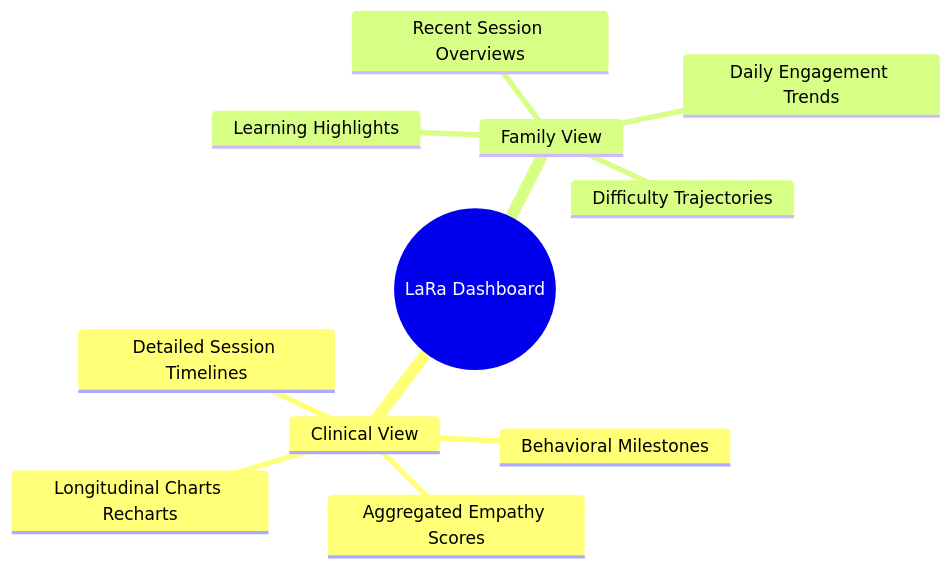
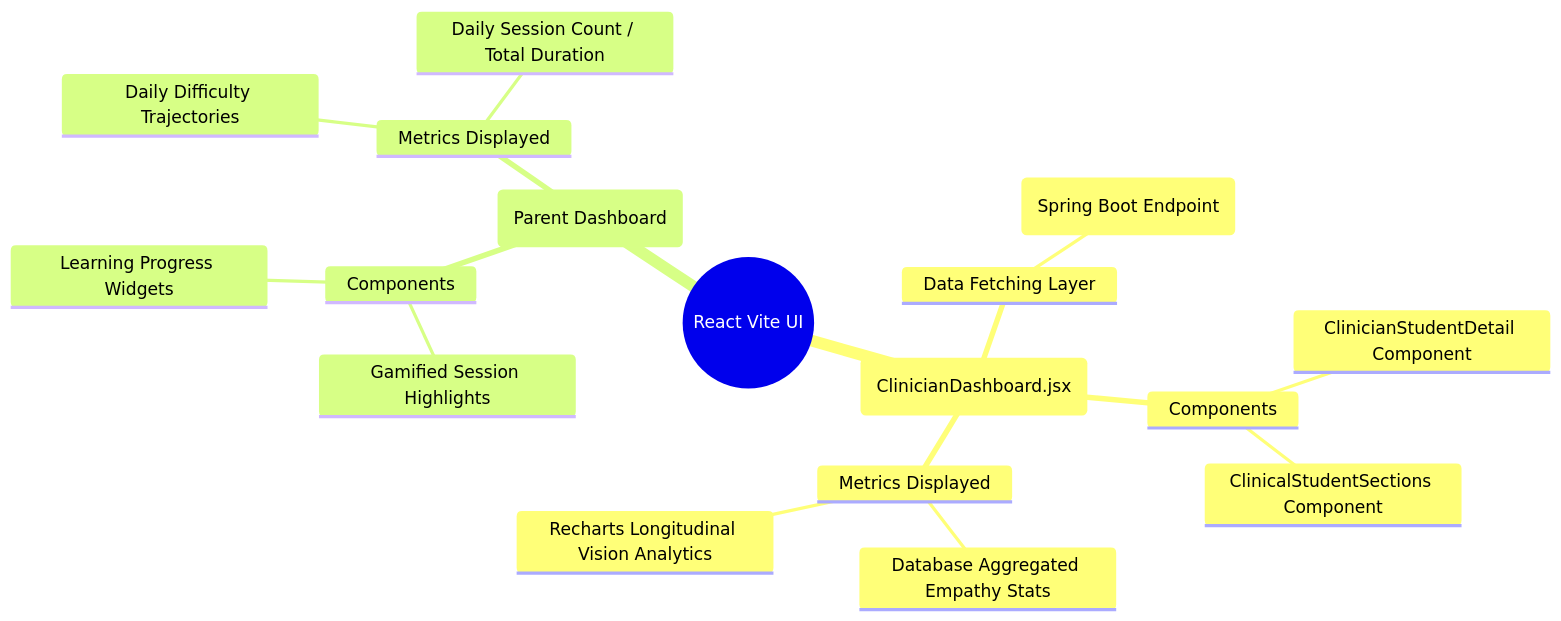
The eighth of 10 diagrams in ARCHITECTURE.md (deepanmpc/LaRa), drawn with Mermaid before and after one commit. The commit also changed other lines of this file, not shown here.

Commit message:
docs: update architecture diagrams to reflect detailed data-flow, memory hierarchy, and system configuration

````diff
--- a/ARCHITECTURE.md
+++ b/ARCHITECTURE.md
@@ -149,14 +193,20 @@
 ```mermaid
 mindmap
-  root((LaRa Dashboard))
-    Clinical View
-      Longitudinal Charts Recharts
-      Aggregated Empathy Scores
-      Behavioral Milestones
-      Detailed Session Timelines
-    Family View
-      Recent Session Overviews
-      Learning Highlights
-      Difficulty Trajectories
-      Daily Engagement Trends
+  root((React Vite UI))
+    Clinical View (ClinicianDashboard.jsx)
+      Data Fetching Layer
+        DashboardAPIController (Spring Boot Endpoint)
+      Components
+        ClinicianStudentDetail Component
+        ClinicalStudentSections Component
+      Metrics Displayed
+        Database Aggregated Empathy Stats
+        Recharts Longitudinal Vision Analytics
+    Family View (Parent Dashboard)
+      Components
+        Gamified Session Highlights
+        Learning Progress Widgets
+      Metrics Displayed
+        Daily Difficulty Trajectories
+        Daily Session Count / Total Duration
 ```
````
